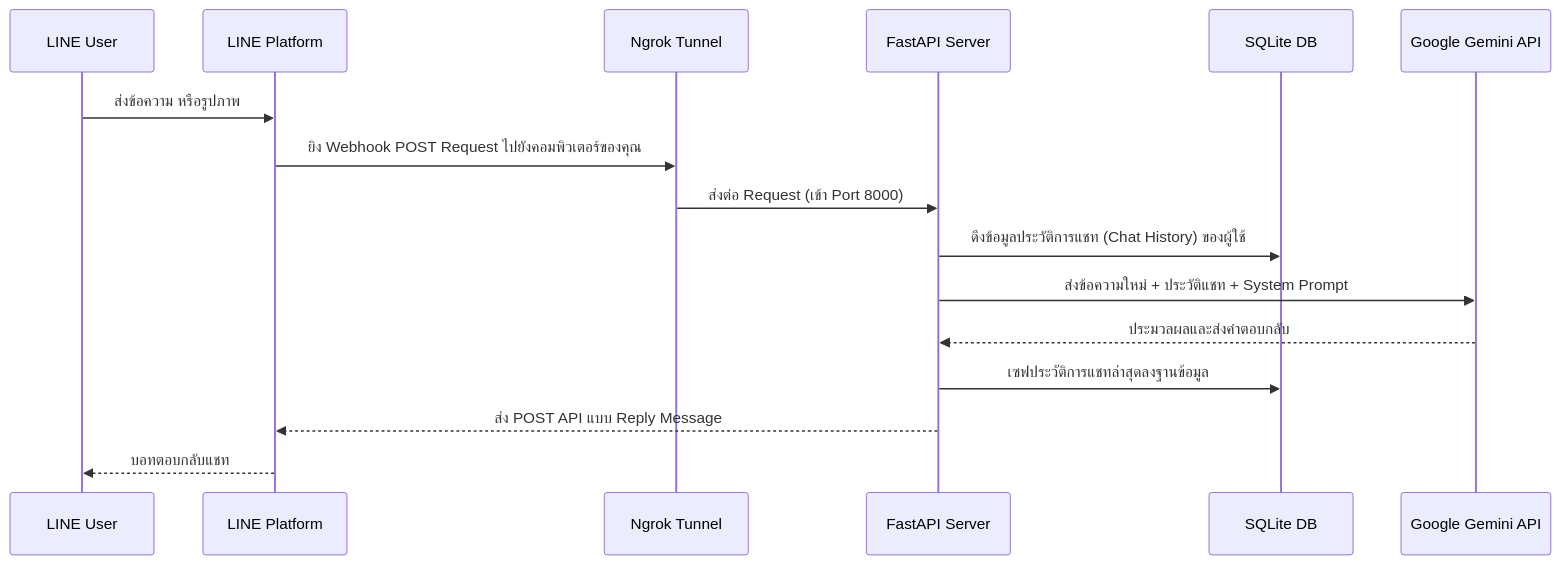
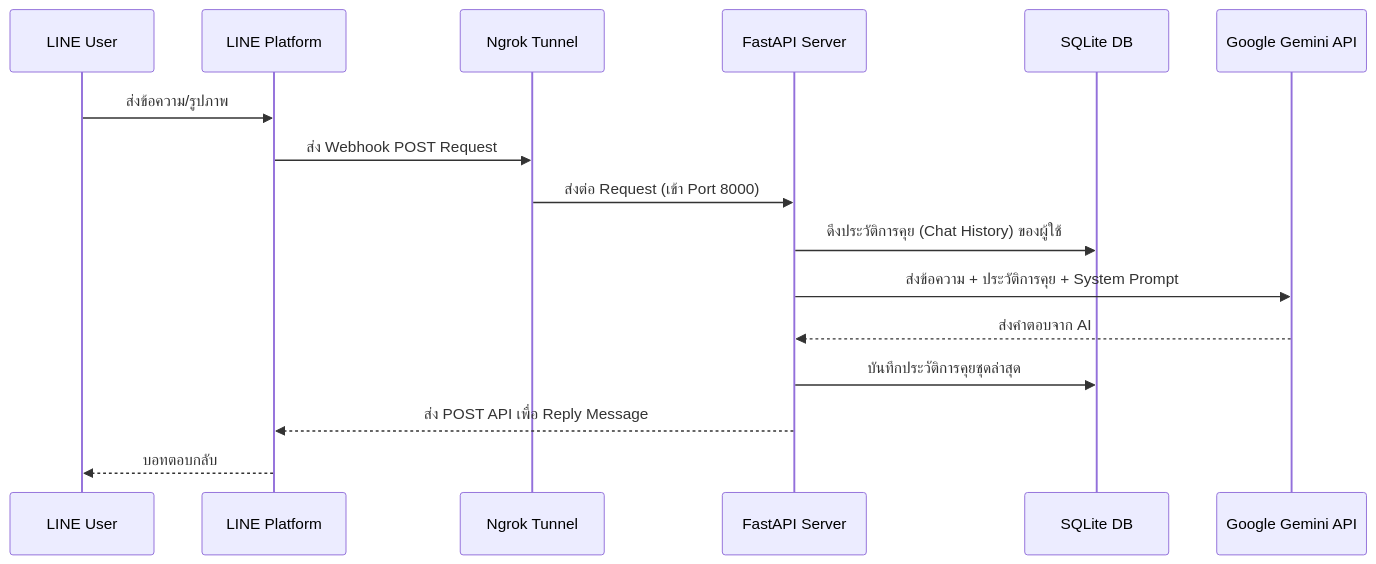
One commit to welltilln/fastapi-line-gemini changed the diagram in docs/README-TH.md. Above: the diagram before and after it, drawn with Mermaid. The commit also changed other lines of this file and 5 other files, not shown here.

````diff
--- a/docs/README-TH.md
+++ b/docs/README-TH.md
@@ -26,19 +26,19 @@
 ```mermaid
 sequenceDiagram
     participant User as LINE User
     participant LINE as LINE Platform
     participant Ngrok as Ngrok Tunnel
     participant App as FastAPI Server
     participant DB as SQLite DB
     participant Gemini as Google Gemini API
 
-    User->>LINE: ส่งข้อความ หรือรูปภาพ
-    LINE->>Ngrok: ยิง Webhook POST Request ไปยังคอมพิวเตอร์ของคุณ
+    User->>LINE: ส่งข้อความ/รูปภาพ
+    LINE->>Ngrok: ส่ง Webhook POST Request 
     Ngrok->>App: ส่งต่อ Request (เข้า Port 8000)
-    App->>DB: ดึงข้อมูลประวัติการแชท (Chat History) ของผู้ใช้
-    App->>Gemini: ส่งข้อความใหม่ + ประวัติแชท + System Prompt
-    Gemini-->>App: ประมวลผลและส่งคำตอบกลับ
-    App->>DB: เซฟประวัติการแชทล่าสุดลงฐานข้อมูล
-    App-->>LINE: ส่ง POST API แบบ Reply Message
-    LINE-->>User: บอทตอบกลับแชท
+    App->>DB: ดึงประวัติการคุย (Chat History) ของผู้ใช้
+    App->>Gemini: ส่งข้อความ + ประวัติการคุย + System Prompt
+    Gemini-->>App: ส่งคำตอบจาก AI
+    App->>DB: บันทึกประวัติการคุยชุดล่าสุด
+    App-->>LINE: ส่ง POST API เพื่อ Reply Message
+    LINE-->>User: บอทตอบกลับ
 ```
````
